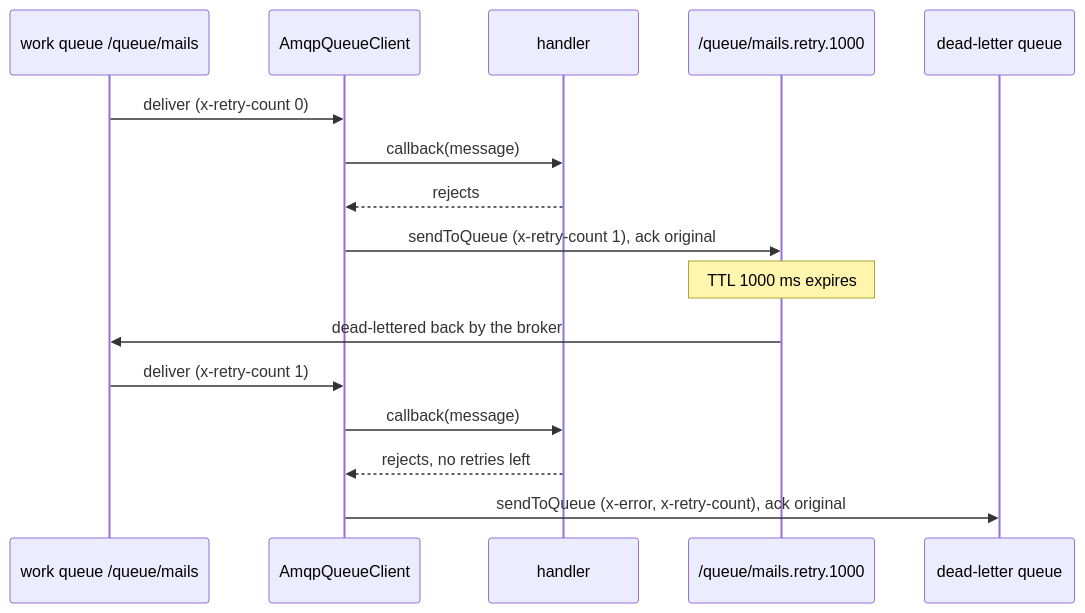
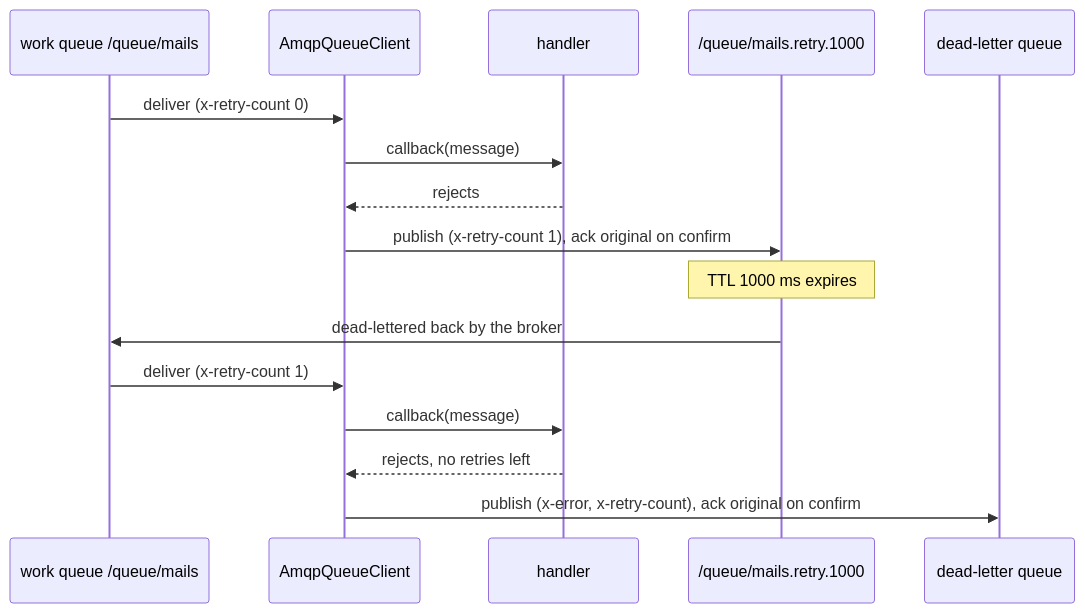
Before and after one commit to spinajs/main: the diagram in docs/queue-amqp-transport/04-retry-and-dead-letter.md, drawn with Mermaid. The commit also changed other lines of this file and 9 other files, not shown here.

````diff
--- a/docs/queue-amqp-transport/04-retry-and-dead-letter.md
+++ b/docs/queue-amqp-transport/04-retry-and-dead-letter.md
@@ -18,18 +18,18 @@
 ```mermaid
 sequenceDiagram
   participant W as work queue /queue/mails
   participant C as AmqpQueueClient
   participant H as handler
   participant R as /queue/mails.retry.1000
   participant D as dead-letter queue
   W->>C: deliver (x-retry-count 0)
   C->>H: callback(message)
   H-->>C: rejects
-  C->>R: sendToQueue (x-retry-count 1), ack original
+  C->>R: publish (x-retry-count 1), ack original on confirm
   Note over R: TTL 1000 ms expires
   R->>W: dead-lettered back by the broker
   W->>C: deliver (x-retry-count 1)
   C->>H: callback(message)
   H-->>C: rejects, no retries left
-  C->>D: sendToQueue (x-error, x-retry-count), ack original
+  C->>D: publish (x-error, x-retry-count), ack original on confirm
 ```
````
